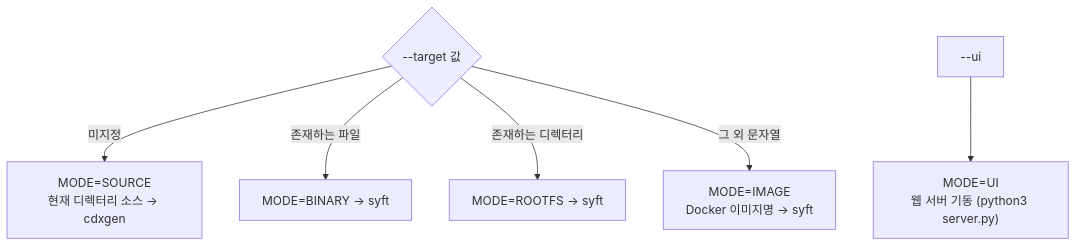
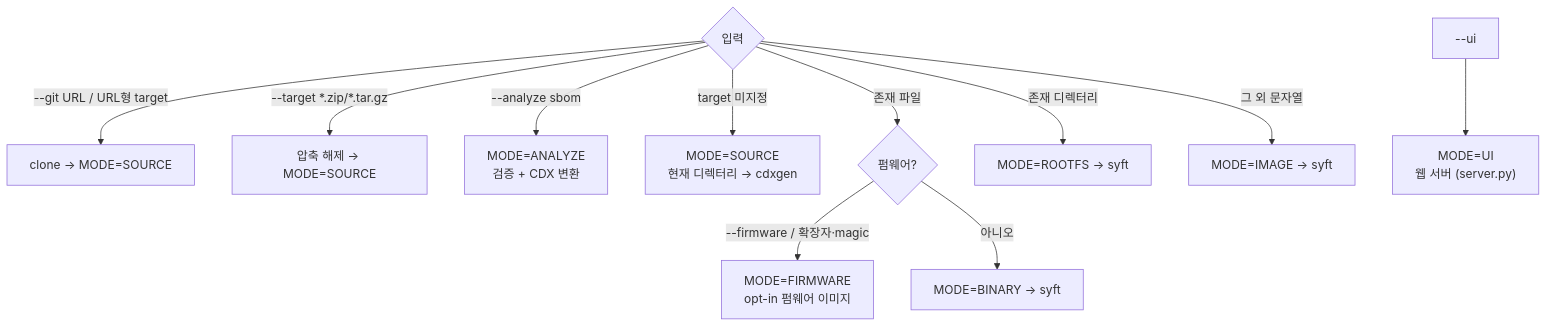
One commit to sktelecom/bomlens changed the fifth of 6 diagrams in docs/architecture.md. Above: the diagram before and after it, drawn with Mermaid. The commit also changed other lines of this file and 10 other files, not shown here.

````diff
--- a/docs/architecture.md
+++ b/docs/architecture.md
@@ -277,9 +281,13 @@
 ```mermaid
 flowchart TD
-    T{"--target 값"} -->|미지정| SOURCE["MODE=SOURCE<br/>현재 디렉터리 소스 → cdxgen"]
-    T -->|존재하는 파일| BINARY["MODE=BINARY → syft"]
-    T -->|존재하는 디렉터리| ROOTFS["MODE=ROOTFS → syft"]
-    T -->|그 외 문자열| IMAGE["MODE=IMAGE<br/>Docker 이미지명 → syft"]
-
-    UI["--ui"] --> UIMODE["MODE=UI<br/>웹 서버 기동 (python3 server.py)"]
+    G{"입력"} -->|"--git URL / URL형 target"| GIT["clone → MODE=SOURCE"]
+    G -->|"--target *.zip/*.tar.gz"| ZIP["압축 해제 → MODE=SOURCE"]
+    G -->|"--analyze sbom"| ANALYZE["MODE=ANALYZE<br/>검증 + CDX 변환"]
+    G -->|"target 미지정"| SOURCE["MODE=SOURCE<br/>현재 디렉터리 → cdxgen"]
+    G -->|"존재 파일"| FB{"펌웨어?"}
+    FB -->|"--firmware / 확장자·magic"| FIRMWARE["MODE=FIRMWARE<br/>opt-in 펌웨어 이미지"]
+    FB -->|"아니오"| BINARY["MODE=BINARY → syft"]
+    G -->|"존재 디렉터리"| ROOTFS["MODE=ROOTFS → syft"]
+    G -->|"그 외 문자열"| IMAGE["MODE=IMAGE → syft"]
+    UI["--ui"] --> UIMODE["MODE=UI<br/>웹 서버 (server.py)"]
 ```
````
